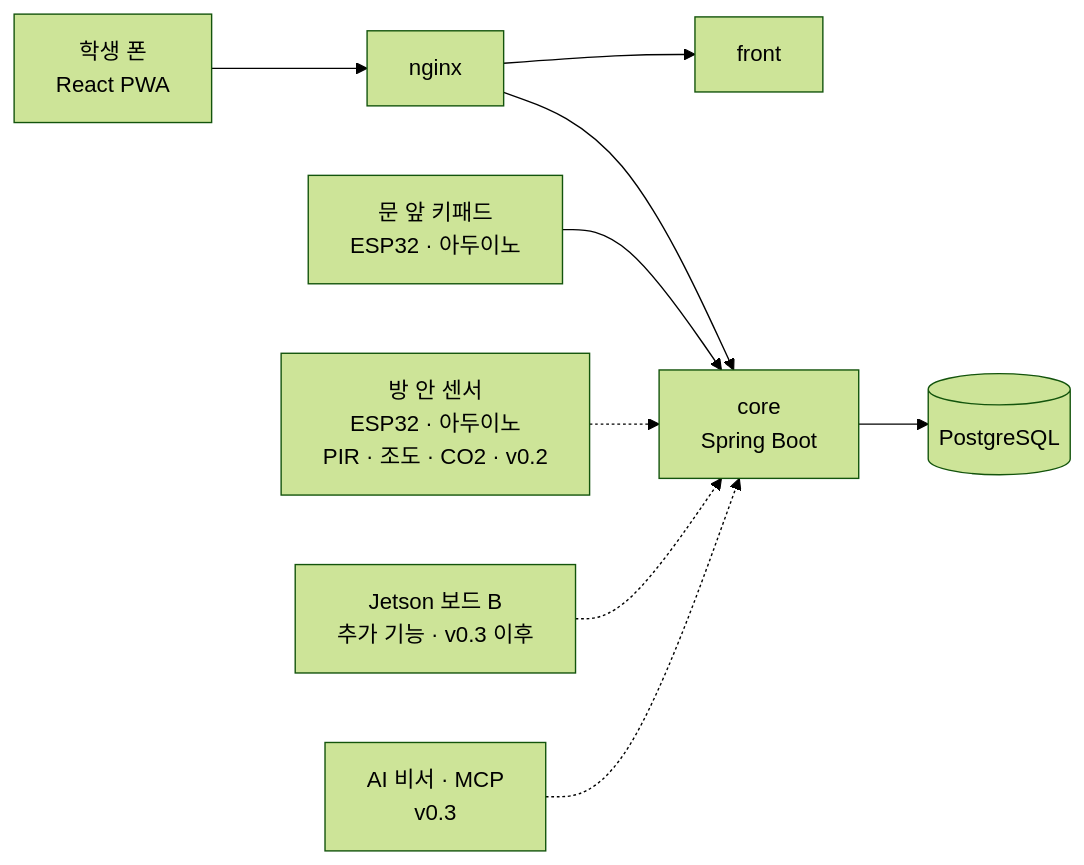
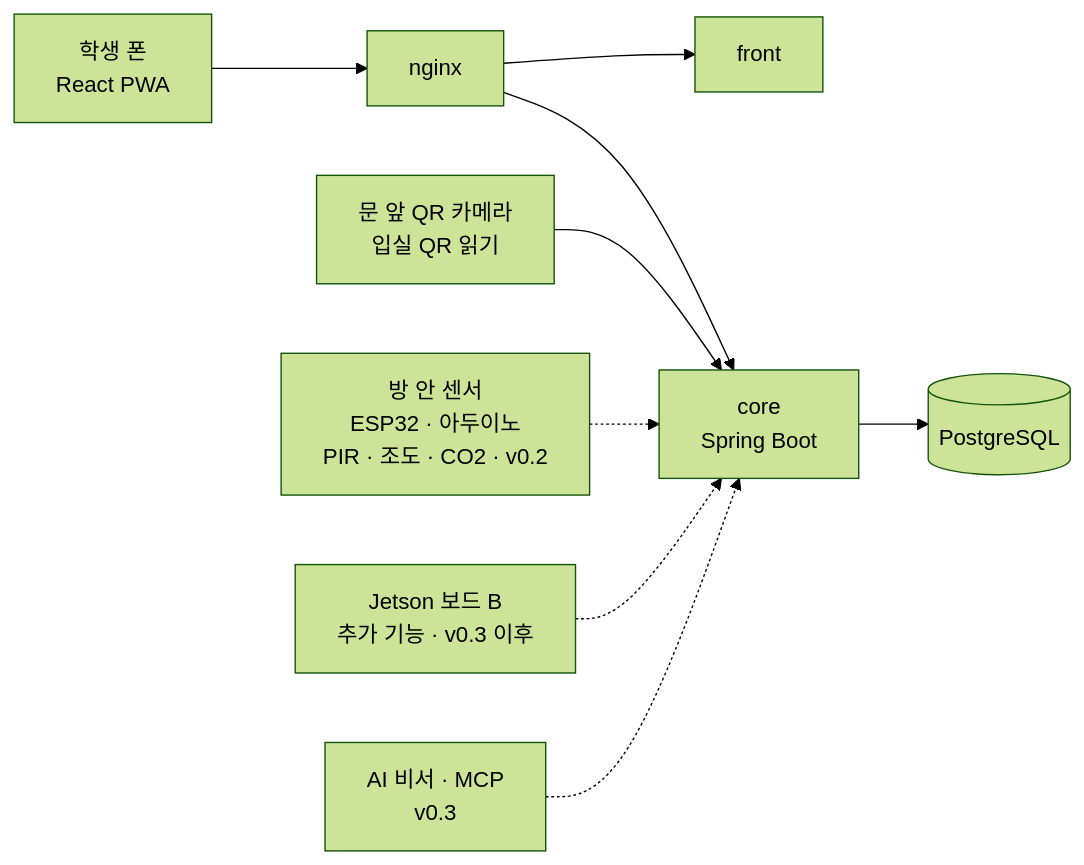
Before and after one commit to AI-go-do/docs: the first of 2 diagrams in requirements/requirements.md, drawn with Mermaid (forest theme). The commit also changed other lines of this file and 8 other files, not shown here.

````diff
--- a/requirements/requirements.md
+++ b/requirements/requirements.md
@@ -63,11 +63,11 @@
 ```mermaid
 flowchart LR
     phone[학생 폰<br/>React PWA] --> nginx[nginx]
     nginx --> front[front]
     nginx --> core[core<br/>Spring Boot]
     core --> db[(PostgreSQL)]
-    keypad[문 앞 키패드<br/>ESP32 · 아두이노] --> core
+    qrcam[문 앞 QR 카메라<br/>입실 QR 읽기] --> core
     sensor[방 안 센서<br/>ESP32 · 아두이노<br/>PIR · 조도 · CO2 · v0.2] -.-> core
     jetson[Jetson 보드 B<br/>추가 기능 · v0.3 이후] -.-> core
     agent[AI 비서 · MCP<br/>v0.3] -.-> core
 ```
````
